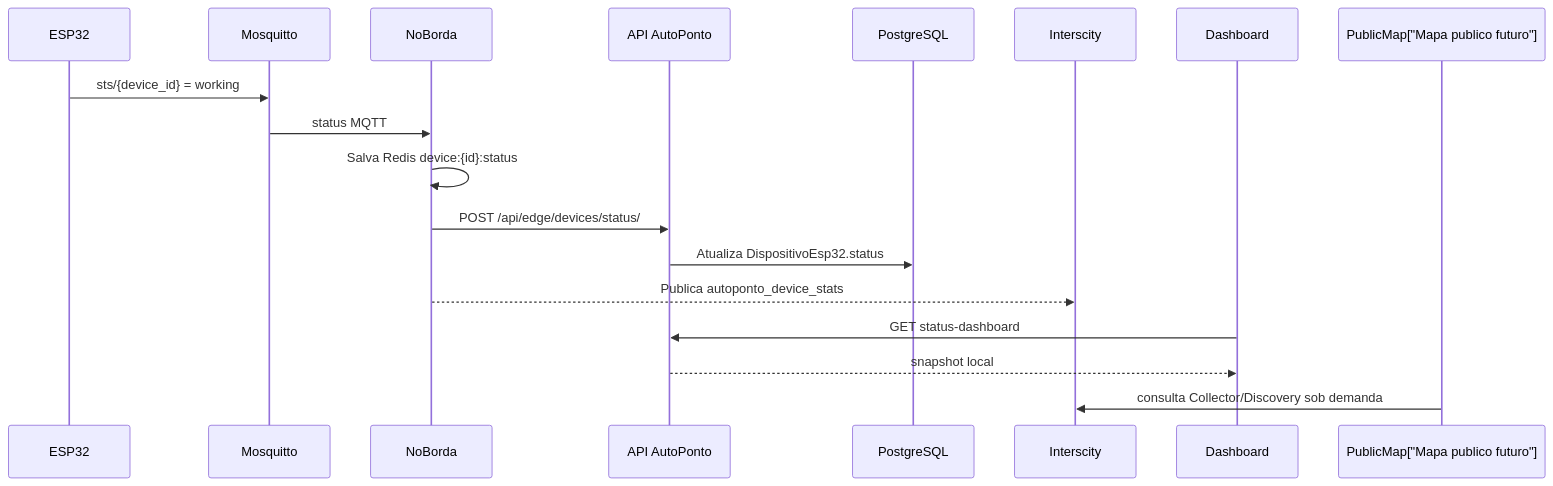
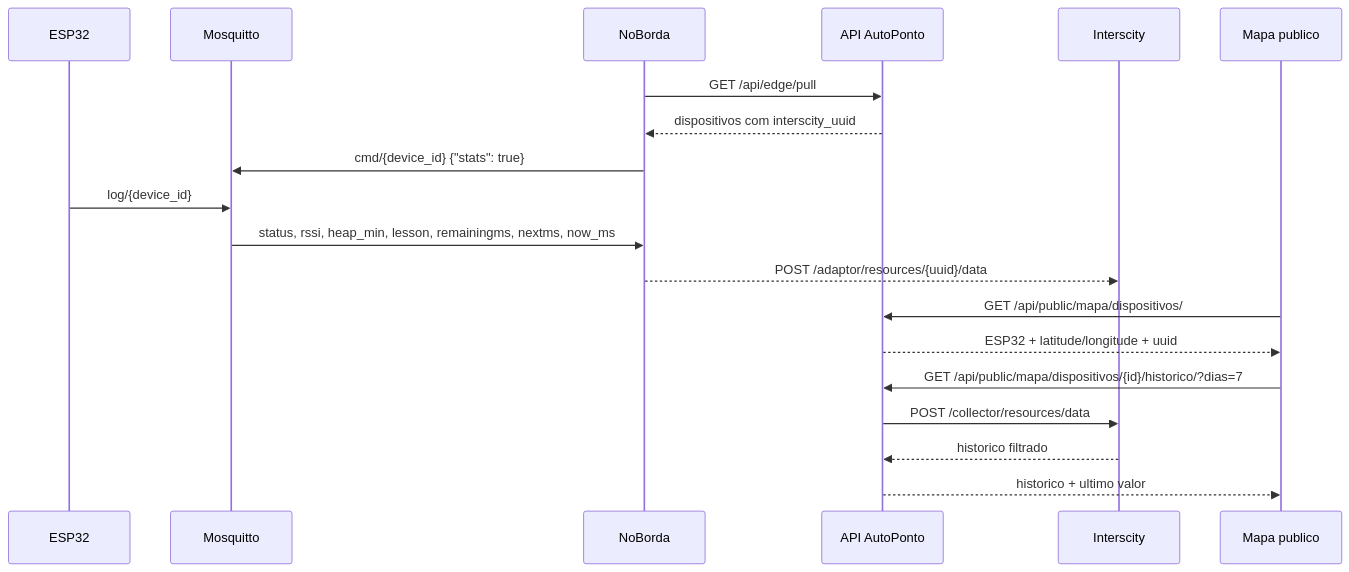
Before and after one commit to DanielKGM/autoponto: the sixth of 10 diagrams in autoponto-backend/docs/diagramas-tcc.md, drawn with Mermaid. The commit also changed other lines of this file and 29 other files, not shown here.

First line of the commit message:
Refactor API and Frontend for IntersCity Integration and Public Map Features

````diff
--- a/autoponto-backend/docs/diagramas-tcc.md
+++ b/autoponto-backend/docs/diagramas-tcc.md
@@ -123,20 +125,22 @@
 ```mermaid
 sequenceDiagram
     participant ESP as ESP32
     participant MQTT as Mosquitto
     participant Edge as NoBorda
     participant API as API AutoPonto
-    participant DB as PostgreSQL
     participant IC as Interscity
-    participant Front as Dashboard
+    participant Front as Mapa publico
 
-    ESP->>MQTT: sts/{device_id} = working
-    MQTT->>Edge: status MQTT
-    Edge->>Edge: Salva Redis device:{id}:status
-    Edge->>API: POST /api/edge/devices/status/
-    API->>DB: Atualiza DispositivoEsp32.status
-    Edge-->>IC: Publica autoponto_device_stats
-    Front->>API: GET status-dashboard
-    API-->>Front: snapshot local
-    PublicMap["Mapa publico futuro"]->>IC: consulta Collector/Discovery sob demanda
+    Edge->>API: GET /api/edge/pull
+    API-->>Edge: dispositivos com interscity_uuid
+    Edge->>MQTT: cmd/{device_id} {"stats": true}
+    ESP->>MQTT: log/{device_id}
+    MQTT->>Edge: status, rssi, heap_min, lesson, remainingms, nextms, now_ms
+    Edge-->>IC: POST /adaptor/resources/{uuid}/data
+    Front->>API: GET /api/public/mapa/dispositivos/
+    API-->>Front: ESP32 + latitude/longitude + uuid
+    Front->>API: GET /api/public/mapa/dispositivos/{id}/historico/?dias=7
+    API->>IC: POST /collector/resources/data
+    IC-->>API: historico filtrado
+    API-->>Front: historico + ultimo valor
 ```
````
